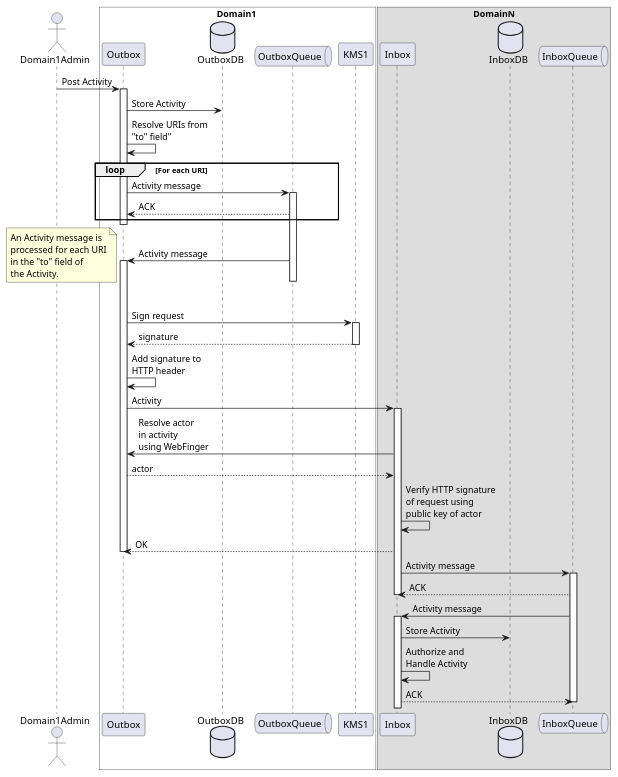
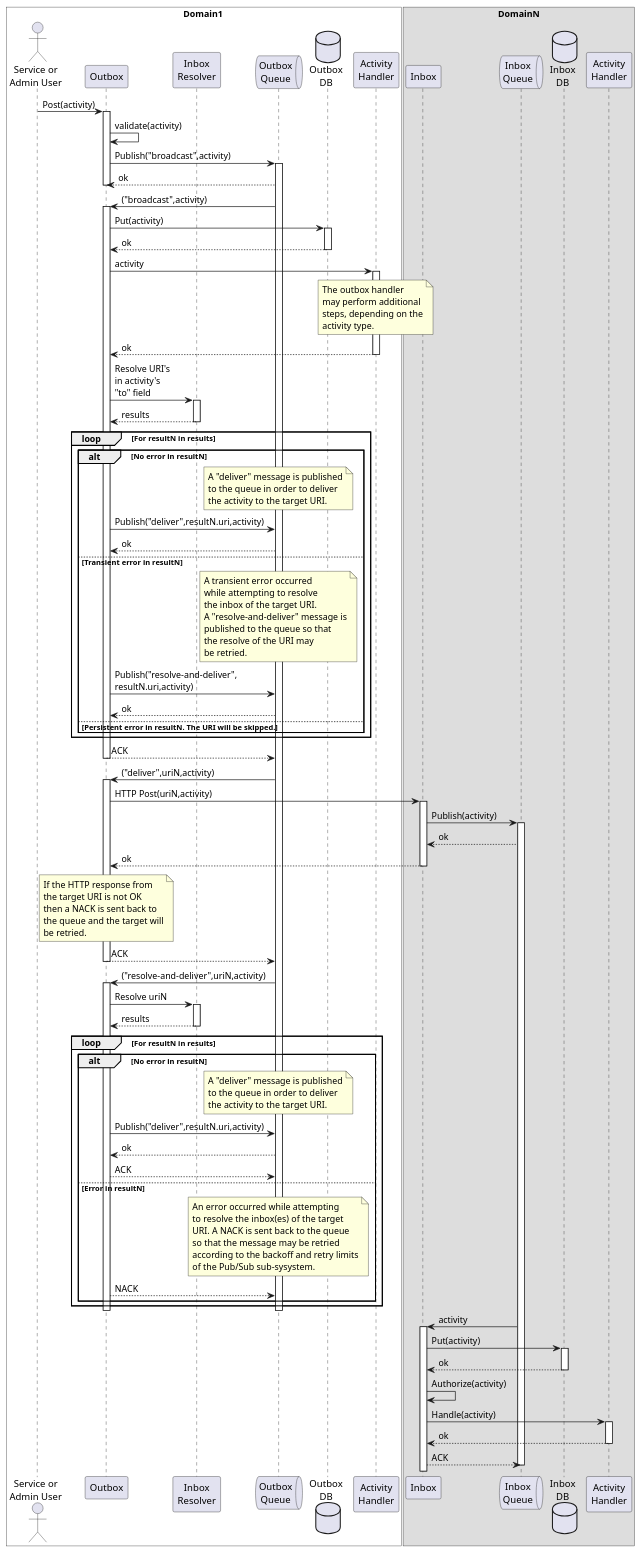
Before and after one commit to trustbloc/docs: the diagram in readthedocs/source/orb/diagrams/ap-outbox-inbox.puml, drawn with PlantUML. The commit also changed 2 other files, not shown here.

Commit message:
docs: Updated Outbox/Inbox doc
The ActivityPub Outbox/Inbox section was updated with the latest changes in Orb.

```diff
--- a/readthedocs/source/orb/diagrams/ap-outbox-inbox.puml
+++ b/readthedocs/source/orb/diagrams/ap-outbox-inbox.puml
@@ -1,93 +1,173 @@
 @startuml
 'https://plantuml.com/sequence-diagram
 
-actor Domain1Admin
 box Domain1 #White
+actor "Service or\nAdmin User" as adminUser
 participant Outbox
-database OutboxDB
-queue OutboxQueue
-participant KMS1
+participant "Inbox\nResolver" as resolver
+queue "Outbox\nQueue" as outboxQueue
+database "Outbox\nDB" as outboxDB
+participant "Activity\nHandler" as outboxHandler
 end box
 
 box DomainN
 participant Inbox
-database InboxDB
-queue InboxQueue
+queue "Inbox\nQueue" as inboxQueue
+database "Inbox\nDB" as inboxDB
+participant "Activity\nHandler" as inboxHandler
 end box
 
-Domain1Admin -> Outbox: Post Activity
+adminUser -> Outbox: Post(activity)
+
+activate Outbox
+  Outbox -> Outbox: validate(activity)
+  Outbox -> outboxQueue: Publish("broadcast",activity)
+  activate outboxQueue
+    outboxQueue --> Outbox: ok
+deactivate Outbox
+
+outboxQueue -> Outbox: ("broadcast",activity)
 
 activate Outbox
 
-Outbox -> OutboxDB: Store Activity
+Outbox -> outboxDB: Put(activity)
+activate outboxDB
+  outboxDB --> Outbox: ok
+deactivate outboxDB
 
-Outbox -> Outbox: Resolve URIs from\n"to" field"
+Outbox -> outboxHandler: activity
+activate outboxHandler
+  note over outboxHandler
+    The outbox handler
+    may perform additional
+    steps, depending on the
+    activity type.
+  end note
+  outboxHandler --> Outbox: ok
+deactivate outboxHandler
 
-loop For each URI
+Outbox -> resolver: Resolve URI's\nin activity's\n"to" field
+activate resolver
+resolver --> Outbox: results
+deactivate resolver
 
-Outbox -> OutboxQueue: Activity message
+loop For resultN in results
+  alt No error in resultN
+    note over outboxQueue
+      A "deliver" message is published
+      to the queue in order to deliver
+      the activity to the target URI.
+    end note
+    Outbox -> outboxQueue: Publish("deliver",resultN.uri,activity)
+    outboxQueue --> Outbox: ok
+  else Transient error in resultN
+    note over outboxQueue
+      A transient error occurred
+      while attempting to resolve
+      the inbox of the target URI.
+      A "resolve-and-deliver" message is
+      published to the queue so that
+      the resolve of the URI may
+      be retried.
+    end note
+    Outbox -> outboxQueue: Publish("resolve-and-deliver",\nresultN.uri,activity)
+    outboxQueue --> Outbox: ok
+  else Persistent error in resultN. The URI will be skipped.
+  end alt
+end loop
 
-activate OutboxQueue
+Outbox --> outboxQueue: ACK
 
-OutboxQueue --> Outbox: ACK
+deactivate Outbox
 
+deactivate Outbox
+
+outboxQueue -> Outbox: ("deliver",uriN,activity)
+
+activate Outbox
+
+Outbox -> Inbox: HTTP Post(uriN,activity)
+
+activate Inbox
+
+Inbox -> inboxQueue: Publish(activity)
+
+activate inboxQueue
+
+inboxQueue --> Inbox: ok
+
+Inbox --> Outbox: ok
+
+note over Outbox
+ If the HTTP response from
+ the target URI is not OK
+ then a NACK is sent back to
+ the queue and the target will
+ be retried.
+end note
+
+deactivate Inbox
+
+Outbox --> outboxQueue: ACK
+
+deactivate Outbox
+
+outboxQueue -> Outbox: ("resolve-and-deliver",uriN,activity)
+
+activate Outbox
+
+Outbox -> resolver: Resolve uriN
+activate resolver
+resolver --> Outbox: results
+deactivate resolver
+
+loop For resultN in results
+  alt No error in resultN
+    note over outboxQueue
+      A "deliver" message is published
+      to the queue in order to deliver
+      the activity to the target URI.
+    end note
+    Outbox -> outboxQueue: Publish("deliver",resultN.uri,activity)
+    outboxQueue --> Outbox: ok
+    Outbox --> outboxQueue: ACK
+  else Error in resultN
+    note over outboxQueue
+      An error occurred while attempting
+      to resolve the inbox(es) of the target
+      URI. A NACK is sent back to the queue
+      so that the message may be retried
+      according to the backoff and retry limits
+      of the Pub/Sub sub-sysystem.
+    end note
+    Outbox --> outboxQueue: NACK
+  end alt
 end loop
 
 deactivate Outbox
 
-OutboxQueue -> Outbox: Activity message
+deactivate outboxQueue
 
-note left
-An Activity message is
-processed for each URI
-in the "to" field of
-the Activity.
-end note
-
-activate Outbox
-
-deactivate OutboxQueue
-
-Outbox -> KMS1: Sign request
-
-activate KMS1
-
-KMS1 --> Outbox: signature
-
-deactivate KMS1
-
-Outbox -> Outbox: Add signature to\nHTTP header
-
-Outbox -> Inbox: Activity
+inboxQueue -> Inbox: activity
 
 activate Inbox
 
-Inbox -> Outbox: Resolve actor\nin activity\nusing WebFinger
-Outbox --> Inbox: actor
+Inbox -> inboxDB: Put(activity)
 
-Inbox -> Inbox: Verify HTTP signature\nof request using\npublic key of actor
-Inbox --> Outbox: OK
+activate inboxDB
+  inboxDB --> Inbox: ok
+deactivate inboxDB
 
-deactivate Outbox
+Inbox -> Inbox: Authorize(activity)
 
-Inbox -> InboxQueue: Activity message
+Inbox -> inboxHandler: Handle(activity)
 
-activate InboxQueue
+activate inboxHandler
+inboxHandler --> Inbox: ok
+deactivate inboxHandler
 
-InboxQueue --> Inbox: ACK
+Inbox --> inboxQueue: ACK
 
-deactivate Inbox
-
-InboxQueue -> Inbox: Activity message
-
-activate Inbox
-
-Inbox -> InboxDB: Store Activity
-
-Inbox -> Inbox: Authorize and\nHandle Activity
-
-Inbox --> InboxQueue: ACK
-
-deactivate InboxQueue
+deactivate inboxQueue
 
 @enduml
```
